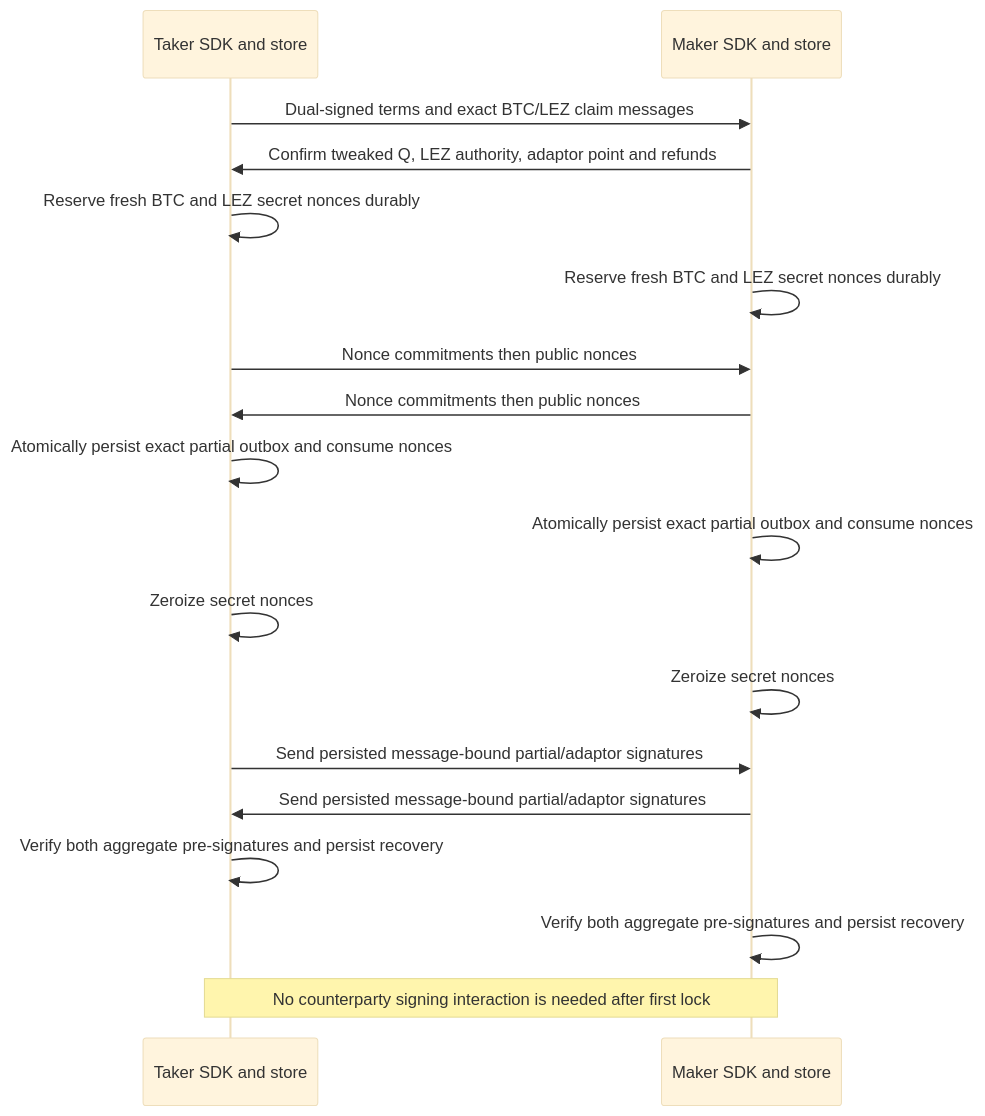
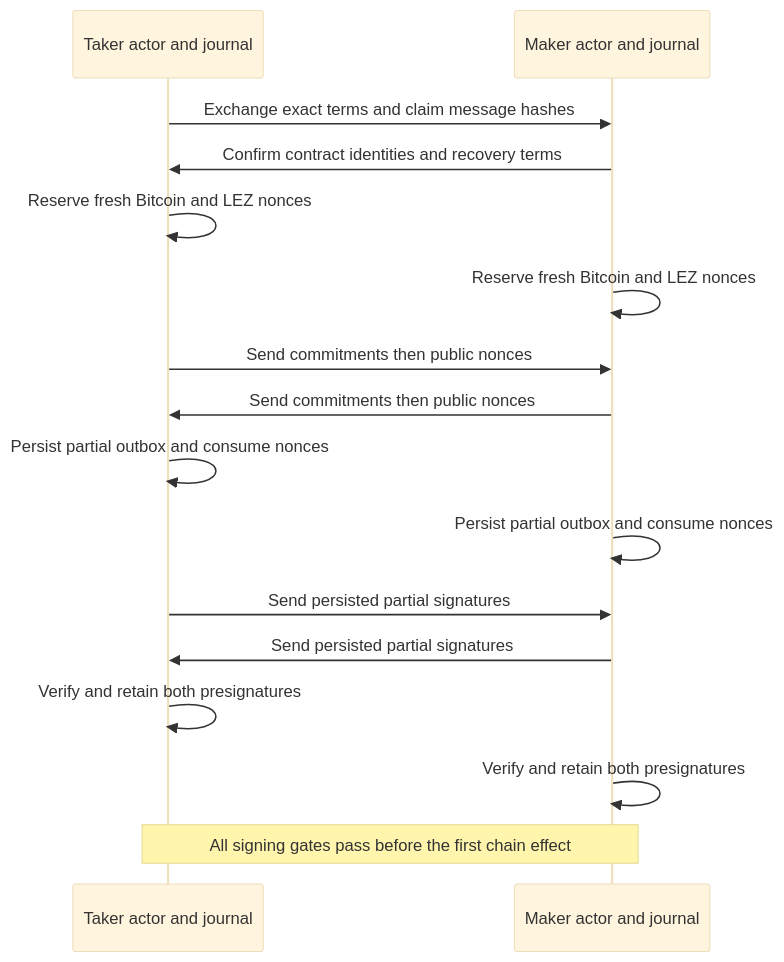
Before and after one commit to gateway-fm/lez-atomic-swaps: the second of 4 diagrams in docs/architecture/0029-m3-bitcoin-local-poc-entry.md, drawn with Mermaid (base theme). The commit also changed other lines of this file and 9 other files, not shown here.

````diff
--- a/docs/architecture/0029-m3-bitcoin-local-poc-entry.md
+++ b/docs/architecture/0029-m3-bitcoin-local-poc-entry.md
@@ -245,20 +146,18 @@
 ```mermaid
 sequenceDiagram
-    participant T as Taker SDK and store
-    participant M as Maker SDK and store
-    T->>M: Dual-signed terms and exact BTC/LEZ claim messages
-    M->>T: Confirm tweaked Q, LEZ authority, adaptor point and refunds
-    T->>T: Reserve fresh BTC and LEZ secret nonces durably
-    M->>M: Reserve fresh BTC and LEZ secret nonces durably
-    T->>M: Nonce commitments then public nonces
-    M->>T: Nonce commitments then public nonces
-    T->>T: Atomically persist exact partial outbox and consume nonces
-    M->>M: Atomically persist exact partial outbox and consume nonces
-    T->>T: Zeroize secret nonces
-    M->>M: Zeroize secret nonces
-    T->>M: Send persisted message-bound partial/adaptor signatures
-    M->>T: Send persisted message-bound partial/adaptor signatures
-    T->>T: Verify both aggregate pre-signatures and persist recovery
-    M->>M: Verify both aggregate pre-signatures and persist recovery
-    Note over T,M: No counterparty signing interaction is needed after first lock
+    participant T as Taker actor and journal
+    participant M as Maker actor and journal
+    T->>M: Exchange exact terms and claim message hashes
+    M->>T: Confirm contract identities and recovery terms
+    T->>T: Reserve fresh Bitcoin and LEZ nonces
+    M->>M: Reserve fresh Bitcoin and LEZ nonces
+    T->>M: Send commitments then public nonces
+    M->>T: Send commitments then public nonces
+    T->>T: Persist partial outbox and consume nonces
+    M->>M: Persist partial outbox and consume nonces
+    T->>M: Send persisted partial signatures
+    M->>T: Send persisted partial signatures
+    T->>T: Verify and retain both presignatures
+    M->>M: Verify and retain both presignatures
+    Note over T,M: All signing gates pass before the first chain effect
 ```
````
